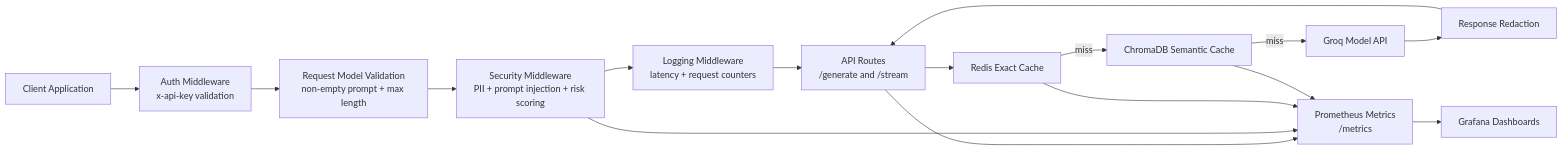
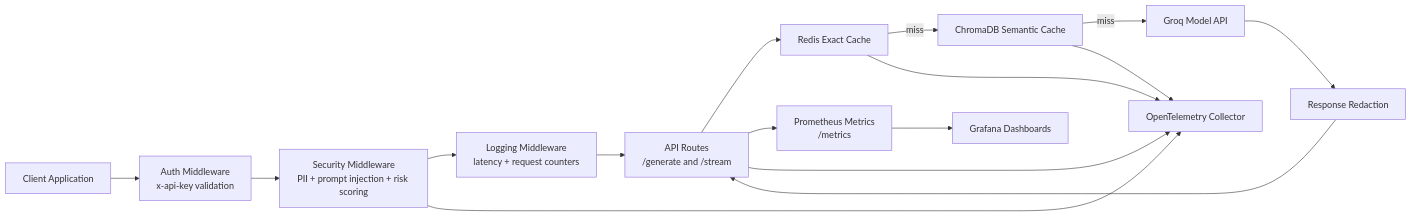
The diagram in README.MD (sunjinwoo1298/AI_Guardrail), drawn with Mermaid before and after one commit. The commit also changed other lines of this file and 1 other file, not shown here.

````diff
--- a/README.MD
+++ b/README.MD
@@ -33,26 +37,27 @@
 ```mermaid
 flowchart LR
     Client[Client Application]
     Auth[Auth Middleware<br/>x-api-key validation]
     Security[Security Middleware<br/>PII + prompt injection + risk scoring]
-    Validation[Request Model Validation<br/>non-empty prompt + max length]
     Logging[Logging Middleware<br/>latency + request counters]
     Router[API Routes<br/>/generate and /stream]
     ExactCache[Redis Exact Cache]
     SemanticCache[ChromaDB Semantic Cache]
     Groq[Groq Model API]
     Redaction[Response Redaction]
     Metrics[Prometheus Metrics<br/>/metrics]
     Grafana[Grafana Dashboards]
+    OTel[OpenTelemetry Collector]
 
-    Client --> Auth --> Validation --> Security --> Logging --> Router
+    Client --> Auth --> Security --> Logging --> Router
     Router --> ExactCache
     ExactCache -->|miss| SemanticCache
     SemanticCache -->|miss| Groq
     Groq --> Redaction --> Router
     Router --> Metrics
     Metrics --> Grafana
-    Security --> Metrics
-    ExactCache --> Metrics
-    SemanticCache --> Metrics
+    Router --> OTel
+    Security --> OTel
+    ExactCache --> OTel
+    SemanticCache --> OTel
 ```
````
